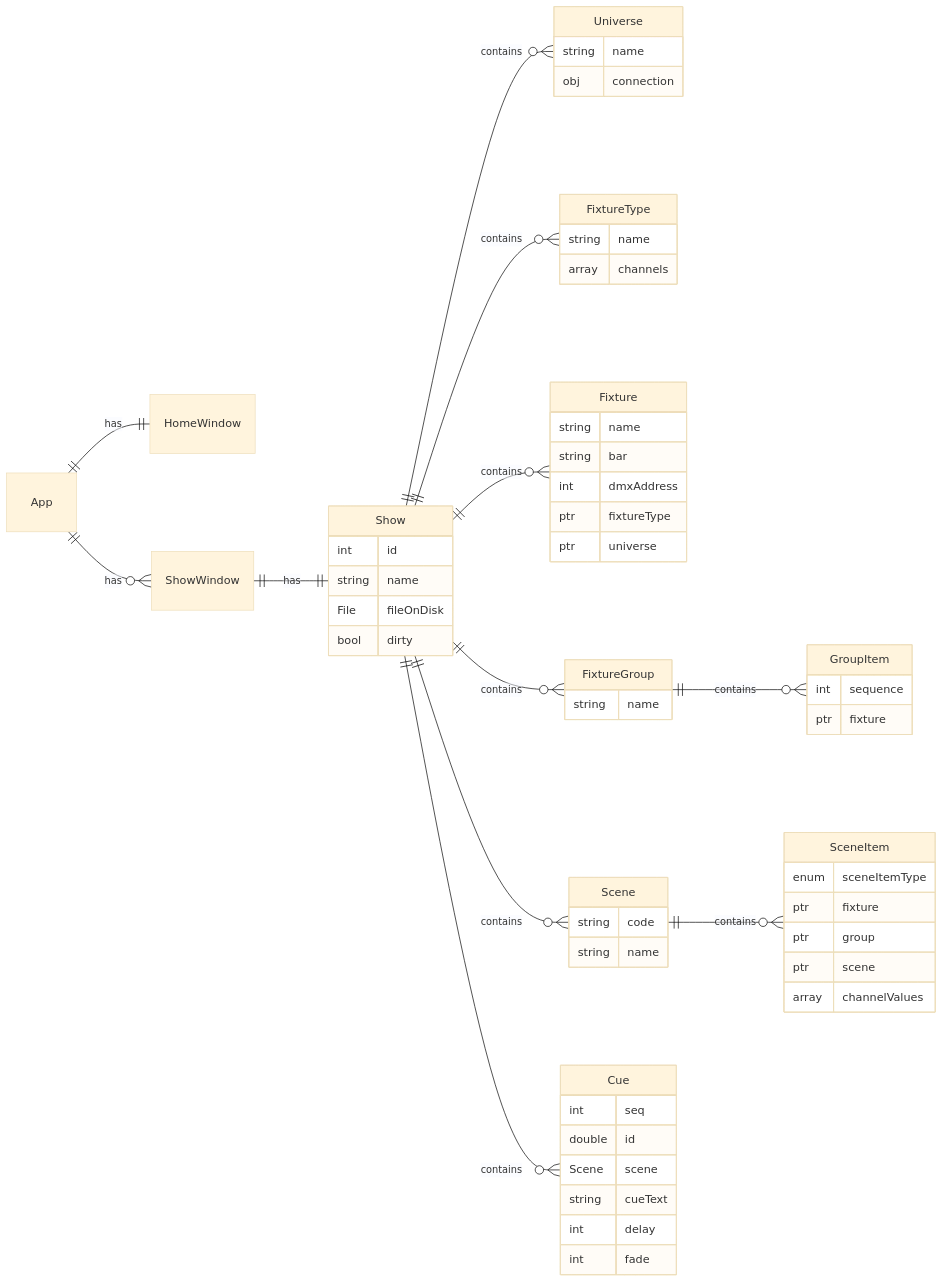
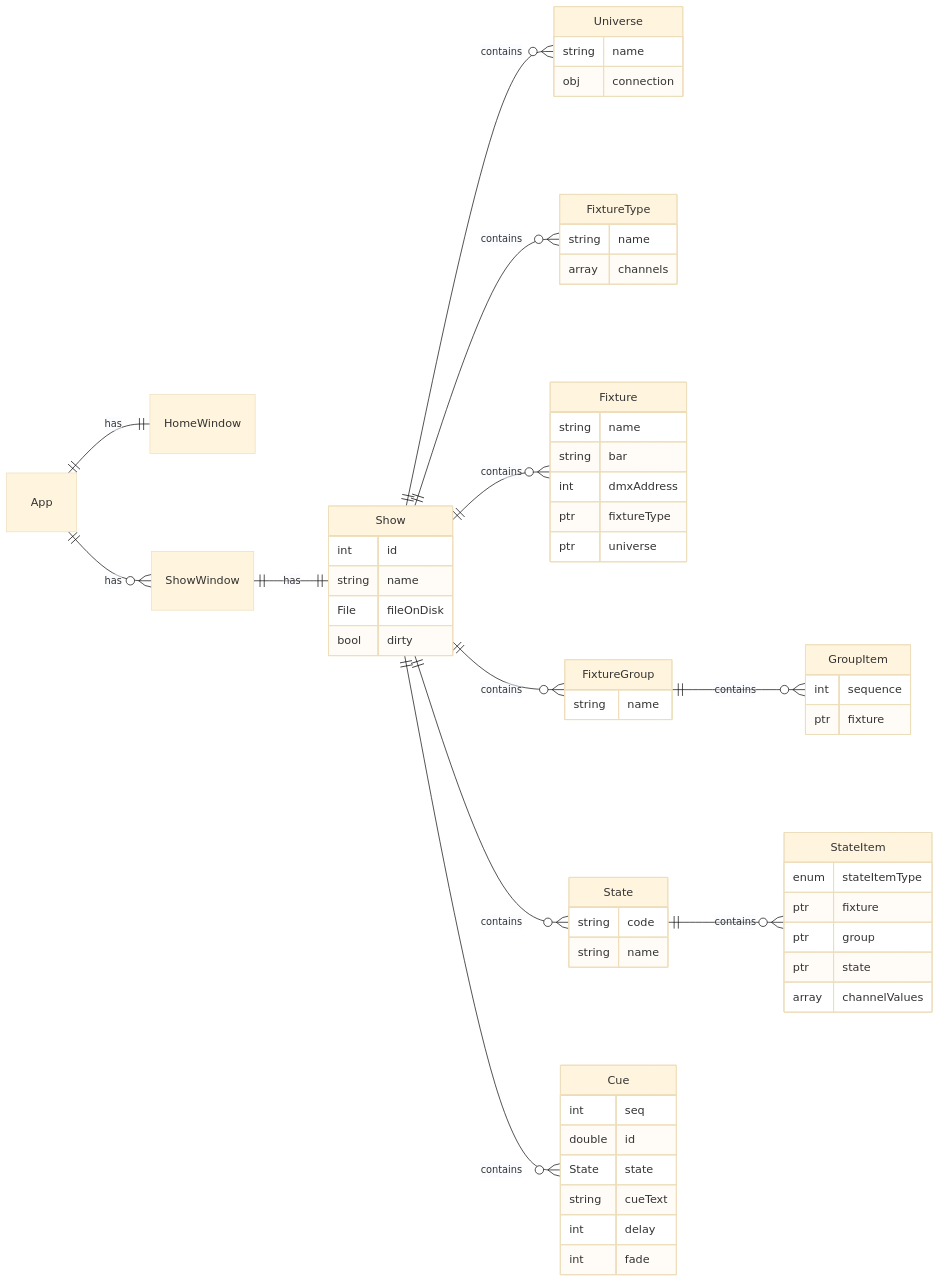
Before and after one commit to BrendanTWhite/Footlight: the diagram in docs/ownership.md, drawn with Mermaid (base theme). The commit also changed 6 other files, not shown here.

````diff
--- a/docs/ownership.md
+++ b/docs/ownership.md
@@ -5,73 +5,73 @@
 ```mermaid
 erDiagram
     direction LR
 
 App ||--|| HomeWindow : has
 
 App ||--o{ ShowWindow : has
 
 ShowWindow ||--|| Show :has
 
 Show {
     int id
     string name
     File fileOnDisk
     bool dirty
 }
 
 Show ||--o{ Universe : contains
 Universe {
     string name
     obj connection
 }
 
 Show ||--o{ FixtureType : contains
 FixtureType {
     string name
     array channels
 }
 
 Show ||--o{ Fixture : contains
 Fixture {
     string name
     string bar
     int dmxAddress
     ptr fixtureType
     ptr universe
 }
 
 Show ||--o{ FixtureGroup : contains
 FixtureGroup {
     string name
 }
 FixtureGroup ||--o{ GroupItem : contains
 GroupItem {
     int sequence
     ptr fixture
 }
 
-Show ||--o{ Scene : contains
-Scene {
+Show ||--o{ State : contains
+State {
     string code
     string name
 }
-Scene ||--o{ SceneItem : "contains"
-SceneItem {
-    enum sceneItemType
+State ||--o{ StateItem : "contains"
+StateItem {
+    enum stateItemType
     ptr fixture
     ptr group
-    ptr scene
+    ptr state
     array channelValues
 }
 
 Show ||--o{ Cue : contains
 Cue {
     int seq
     double id
-    Scene scene
+    State state
     string cueText
     int delay
     int fade
 }
 
 ```
````
